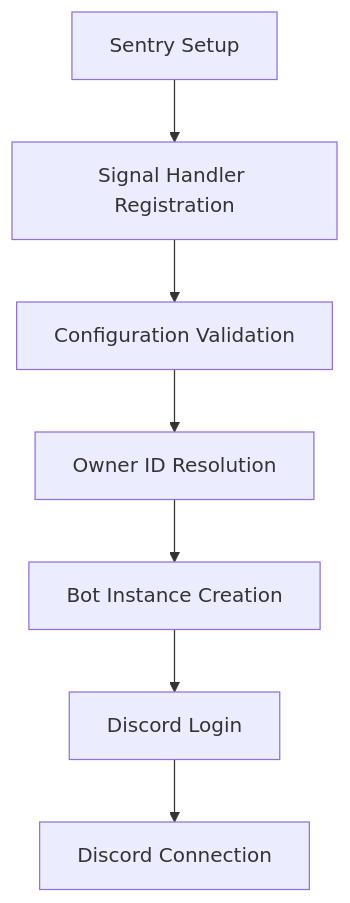
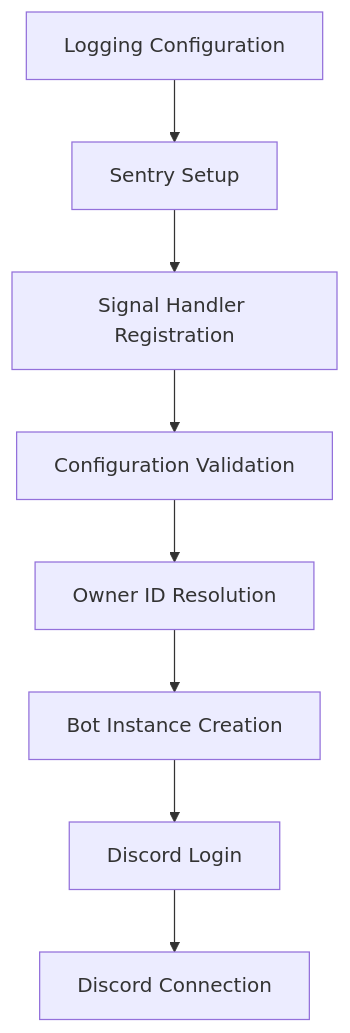
The diagram in docs/content/developer/concepts/core/app.md (allthingslinux/tux), drawn with Mermaid before and after one commit. The commit also changed other lines of this file and 28 other files, not shown here.

First line of the commit message:
refactor(logging): enhance logging configuration and error handling

````diff
--- a/docs/content/developer/concepts/core/app.md
+++ b/docs/content/developer/concepts/core/app.md
@@ -55,9 +55,10 @@
 ```mermaid
 graph TD
-    A[Sentry Setup] --> B[Signal Handler Registration]
-    B --> C[Configuration Validation]
-    C --> D[Owner ID Resolution]
-    D --> E[Bot Instance Creation]
-    E --> F[Discord Login]
-    F --> G[Discord Connection]
+    A[Logging Configuration] --> B[Sentry Setup]
+    B --> C[Signal Handler Registration]
+    C --> D[Configuration Validation]
+    D --> E[Owner ID Resolution]
+    E --> F[Bot Instance Creation]
+    F --> G[Discord Login]
+    G --> H[Discord Connection]
 ```
````
